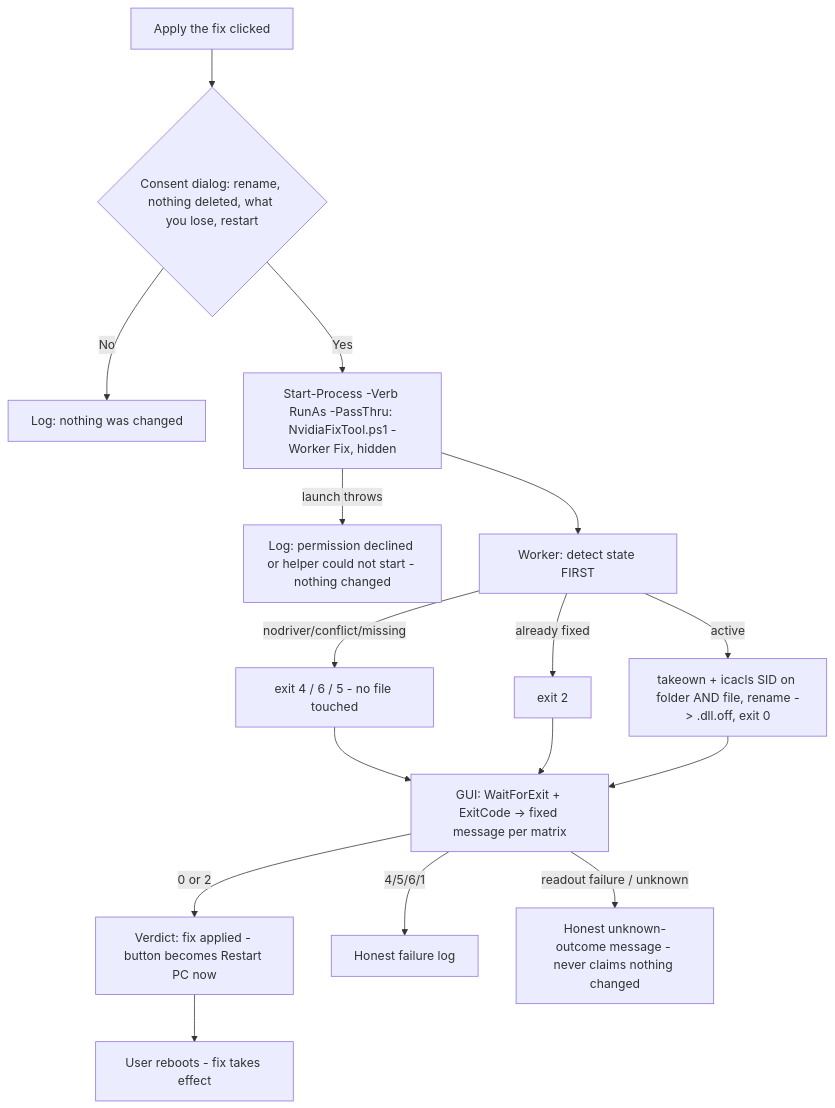
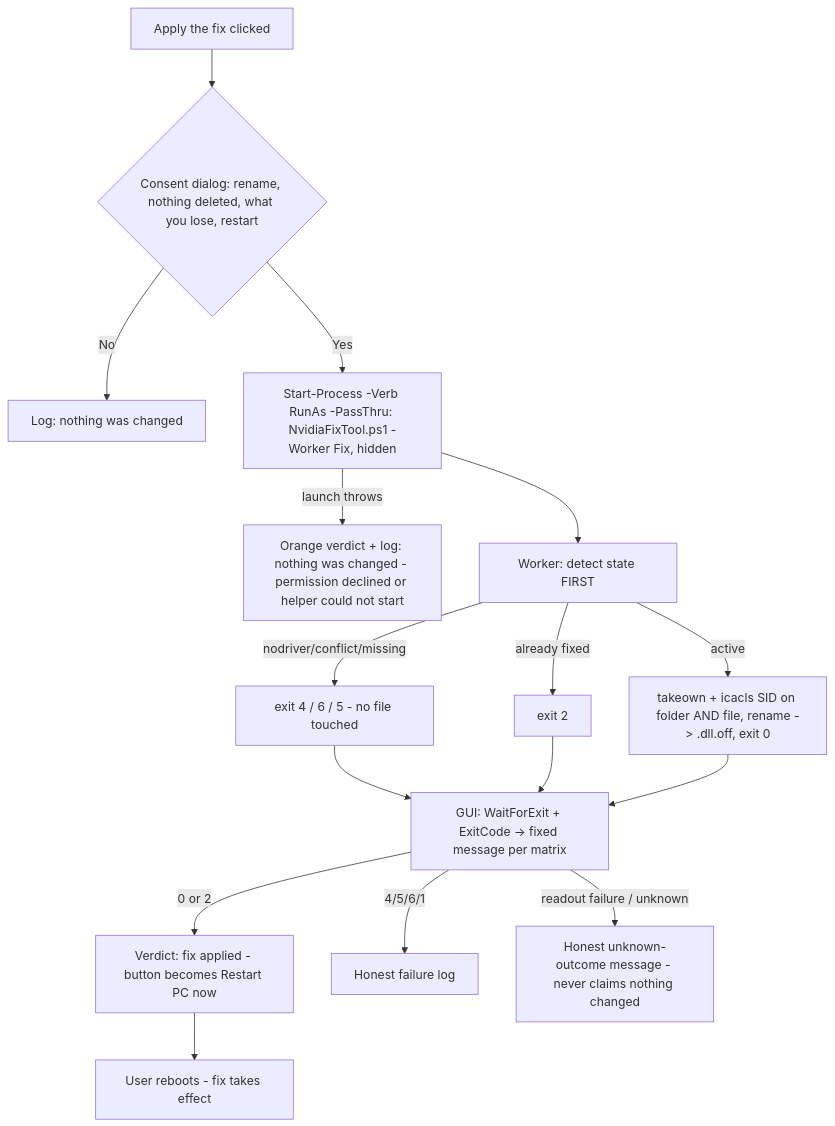
The second of 2 diagrams in docs/ARCHI.md (motkoning/nvidia-container-spin-fix), drawn with Mermaid before and after one commit. The commit also changed other lines of this file and 4 other files, not shown here.

Commit message:
Fix declined-UAC verdict: known no-change outcome now shown as such

````diff
--- a/docs/ARCHI.md
+++ b/docs/ARCHI.md
@@ -209,16 +209,16 @@
 ```mermaid
 flowchart TD
     A[Apply the fix clicked] --> K{Consent dialog: rename, nothing deleted, what you lose, restart}
     K -->|No| X0[Log: nothing was changed]
     K -->|Yes| C[Start-Process -Verb RunAs -PassThru: NvidiaFixTool.ps1 -Worker Fix, hidden]
-    C -->|launch throws| X[Log: permission declined or helper could not start - nothing changed]
+    C -->|launch throws| X[Orange verdict + log: nothing was changed - permission declined or helper could not start]
     C --> D[Worker: detect state FIRST]
     D -->|nodriver/conflict/missing| P[exit 4 / 6 / 5 - no file touched]
     D -->|already fixed| Q[exit 2]
     D -->|active| E[takeown + icacls SID on folder AND file, rename -> .dll.off, exit 0]
     P & Q & E --> G[GUI: WaitForExit + ExitCode -> fixed message per matrix]
     G -->|0 or 2| H[Verdict: fix applied - button becomes Restart PC now]
     G -->|4/5/6/1| I[Honest failure log]
     G -->|readout failure / unknown| U[Honest unknown-outcome message - never claims nothing changed]
     H --> J[User reboots - fix takes effect]
 ```
````
